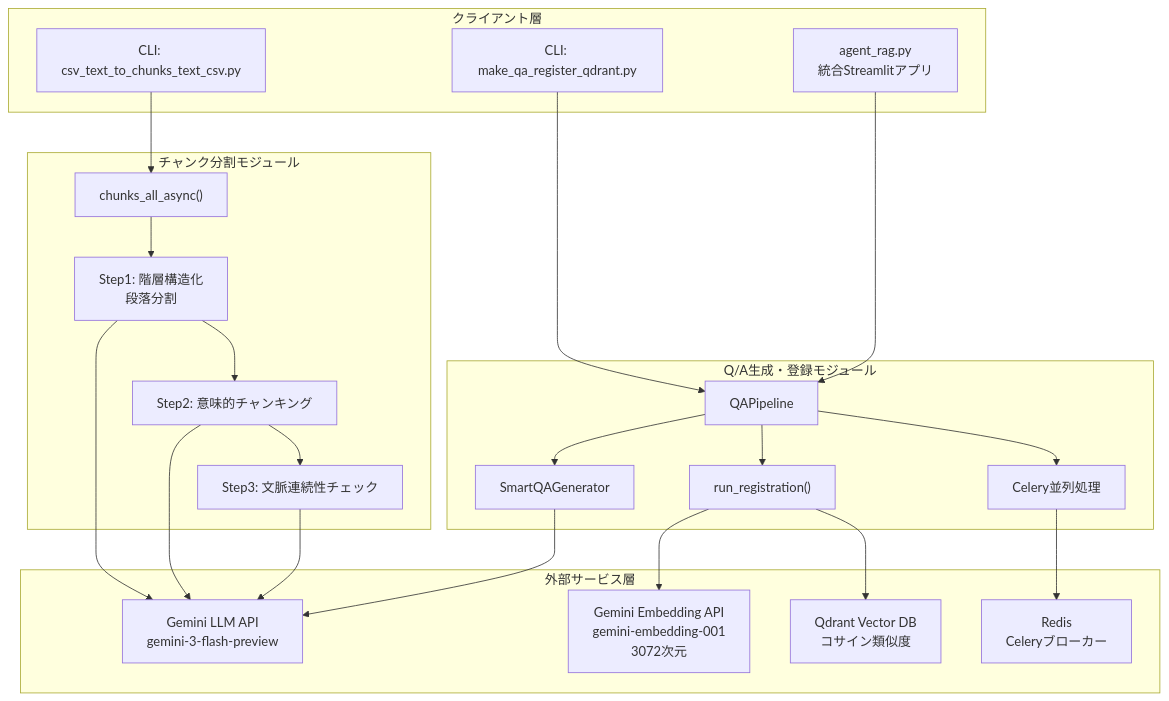
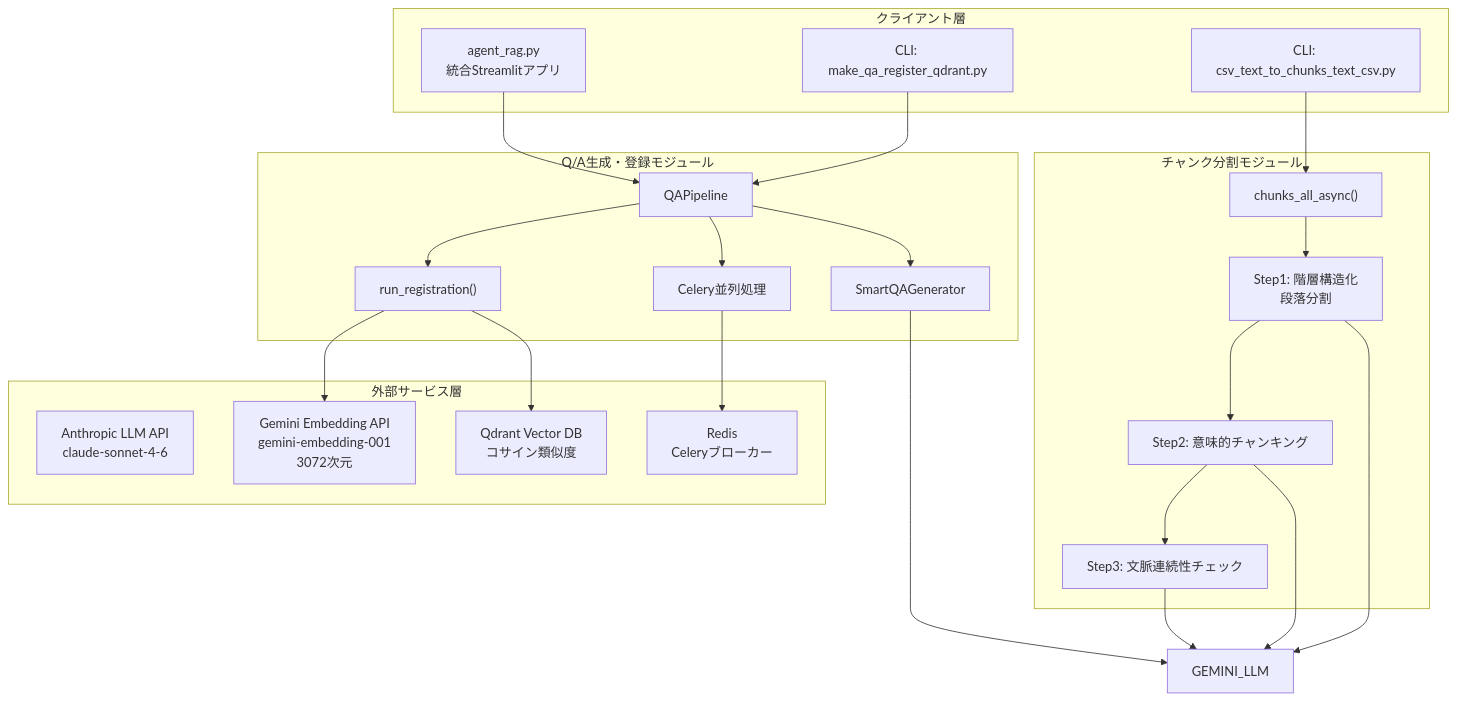
The first of 5 diagrams in readme_rag.md (nakashima2toshio/anthropic_grace_agent), drawn with Mermaid before and after one commit. The commit also changed other lines of this file and 11 other files, not shown here.

````diff
--- a/readme_rag.md
+++ b/readme_rag.md
@@ -81,43 +81,43 @@
 ```mermaid
 flowchart TB
     subgraph CLIENT["クライアント層"]
         APP["agent_rag.py<br/>統合Streamlitアプリ"]
         CLI_CHUNK["CLI: csv_text_to_chunks_text_csv.py"]
         CLI_QA["CLI: make_qa_register_qdrant.py"]
     end
 
     subgraph CHUNKING["チャンク分割モジュール"]
         CHUNK_MAIN["chunks_all_async()"]
         STEP1["Step1: 階層構造化<br/>段落分割"]
         STEP2["Step2: 意味的チャンキング"]
         STEP3["Step3: 文脈連続性チェック"]
     end
 
     subgraph QA_PIPELINE["Q/A生成・登録モジュール"]
         PIPELINE["QAPipeline"]
         SMART_QA["SmartQAGenerator"]
         CELERY["Celery並列処理"]
         REG["run_registration()"]
     end
 
     subgraph EXTERNAL["外部サービス層"]
-        GEMINI_LLM["Gemini LLM API<br/>gemini-3-flash-preview"]
+        ANTHROPIC_LLM["Anthropic LLM API<br/>claude-sonnet-4-6"]
         GEMINI_EMB["Gemini Embedding API<br/>gemini-embedding-001<br/>3072次元"]
         QDRANT["Qdrant Vector DB<br/>コサイン類似度"]
         REDIS["Redis<br/>Celeryブローカー"]
     end
 
     CLI_CHUNK --> CHUNK_MAIN
     CHUNK_MAIN --> STEP1 --> STEP2 --> STEP3
     STEP1 --> GEMINI_LLM
     STEP2 --> GEMINI_LLM
     STEP3 --> GEMINI_LLM
 
     CLI_QA --> PIPELINE
     APP --> PIPELINE
     PIPELINE --> SMART_QA --> GEMINI_LLM
     PIPELINE --> CELERY --> REDIS
     PIPELINE --> REG
     REG --> GEMINI_EMB
     REG --> QDRANT
 ```
````
